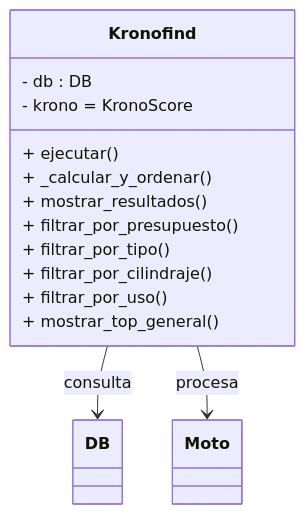
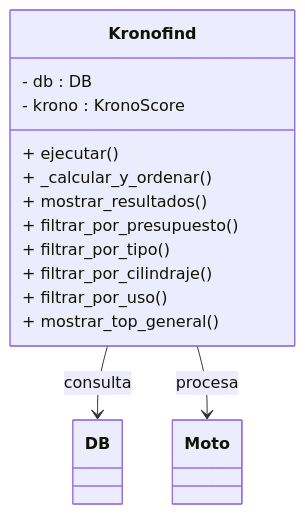
One commit to NotName-K/proj_Lkvk changed the fourth of 7 diagrams in README.md. Above: the diagram before and after it, drawn with Mermaid. The commit also changed other lines of this file, not shown here.

````diff
--- a/README.md
+++ b/README.md
@@ -165,26 +197,26 @@
 ```mermaid
 classDiagram
     class Kronofind {
         - db : DB
-        - krono = KronoScore
+        - krono : KronoScore
         + ejecutar()
         + _calcular_y_ordenar()
         + mostrar_resultados()
         + filtrar_por_presupuesto()
         + filtrar_por_tipo()
         + filtrar_por_cilindraje()
         + filtrar_por_uso()
         + mostrar_top_general()
     }
 
     class DB {
         %% Gestor de base de datos
     }
 
     class Moto {
         %% Entidad principal
     }
 
     Kronofind --> DB : consulta
     Kronofind --> Moto : procesa
 ```
````
